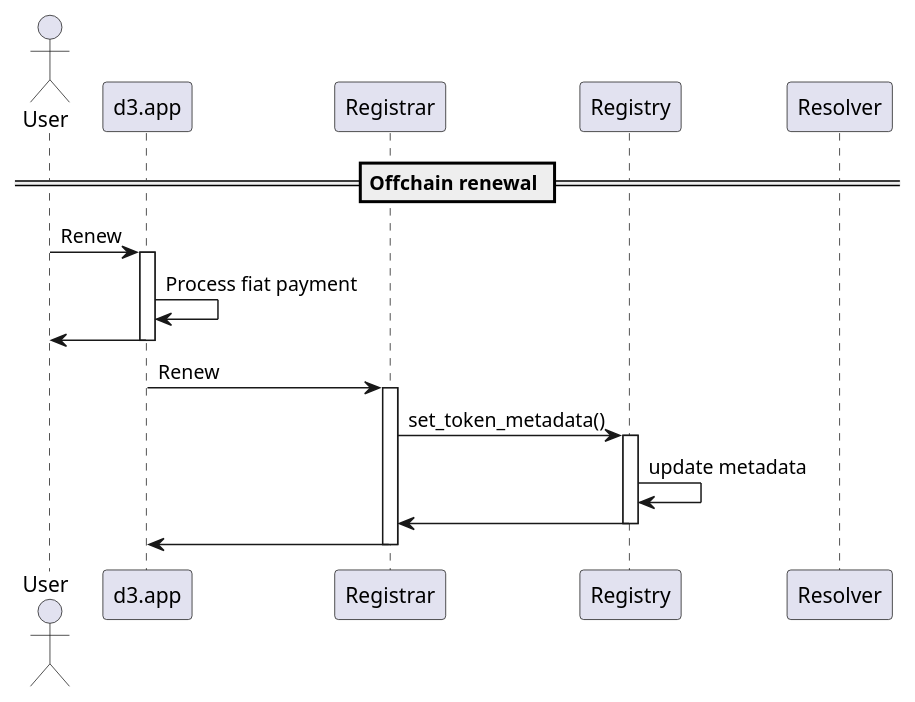
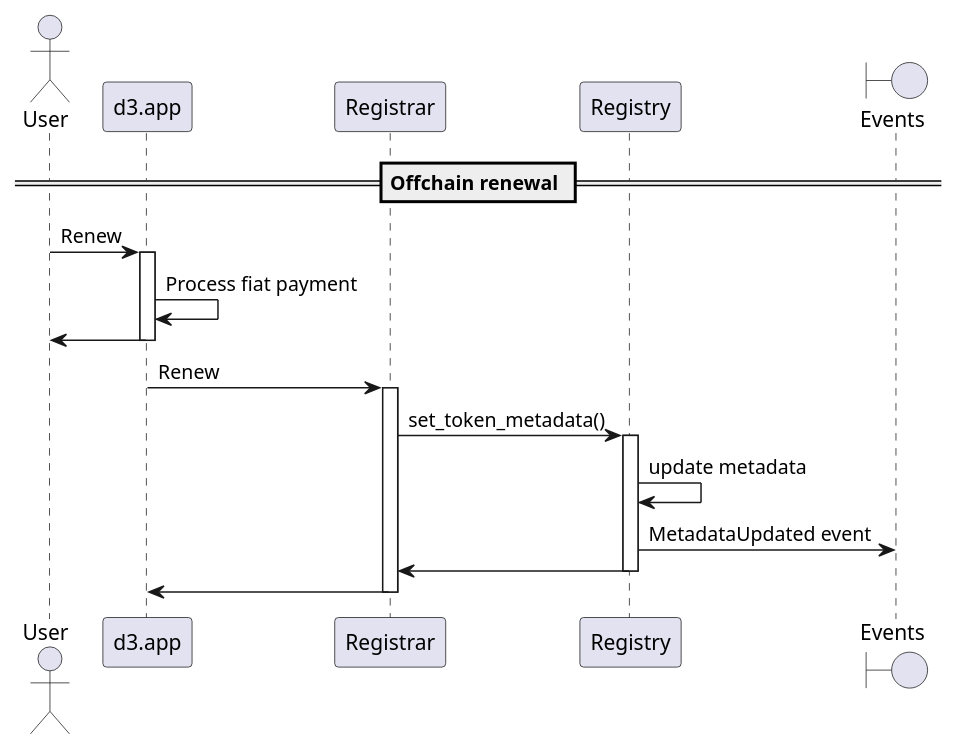
Before and after one commit to make-software/cspr-name-contracts: the diagram in docs/sequence-diagrams/puml/offchain-renewal.puml, drawn with PlantUML. The commit also changed 19 other files, not shown here.

```diff
--- a/docs/sequence-diagrams/puml/offchain-renewal.puml
+++ b/docs/sequence-diagrams/puml/offchain-renewal.puml
@@ -1,30 +1,31 @@
 @startuml
 'https://plantuml.com/sequence-diagram
 
 'autonumber
 actor User
 participant "d3.app" as d3
 participant "Registrar"
 participant "Registry"
-participant "Resolver"
+boundary "Events"
 
 == Offchain renewal ==
 
 User -> d3: Renew
 activate d3
 d3 -> d3: Process fiat payment
 d3 -> User
 deactivate d3
 
 d3 -> Registrar: Renew
 activate Registrar
 Registrar -> Registry: set_token_metadata()
 activate Registry
 Registry -> Registry: update metadata
+Registry -> "Events": MetadataUpdated event
 Registry -> Registrar
 deactivate Registry
 Registrar -> d3
 deactivate Registrar
 deactivate d3
 
 @enduml
```
